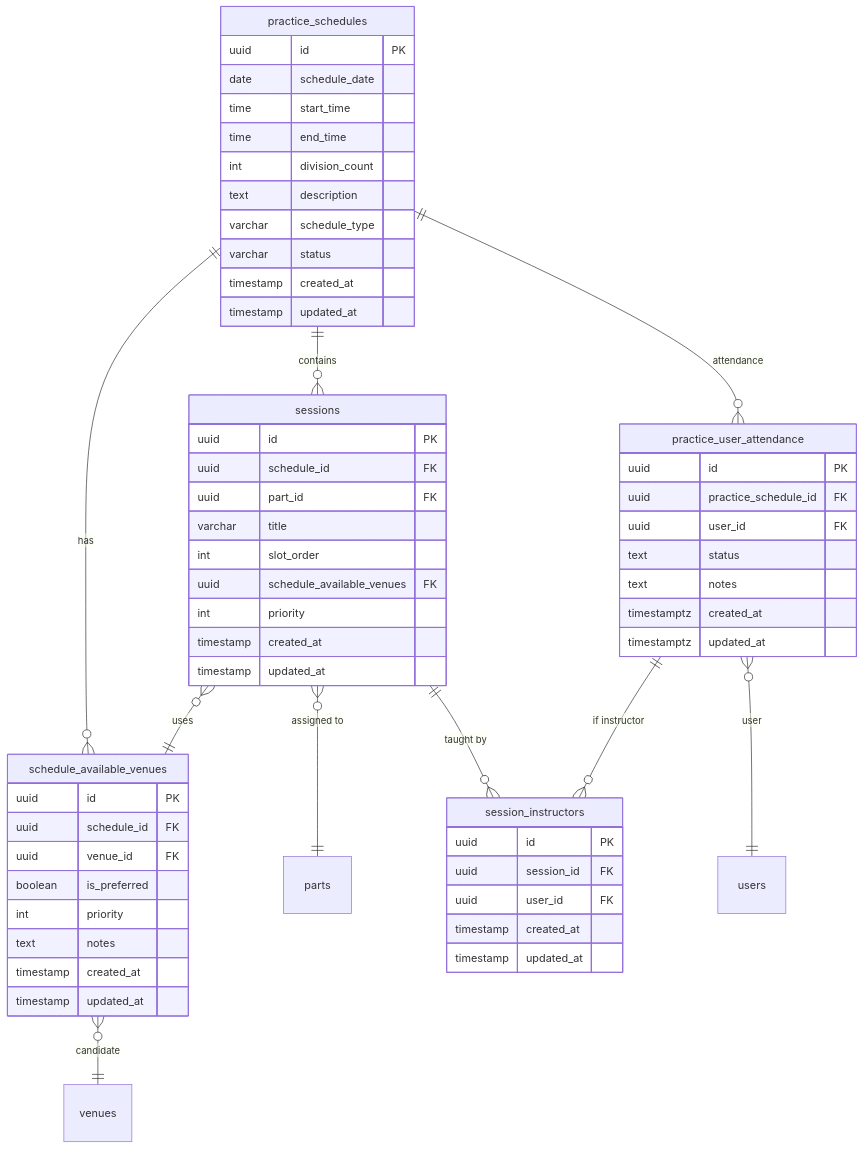
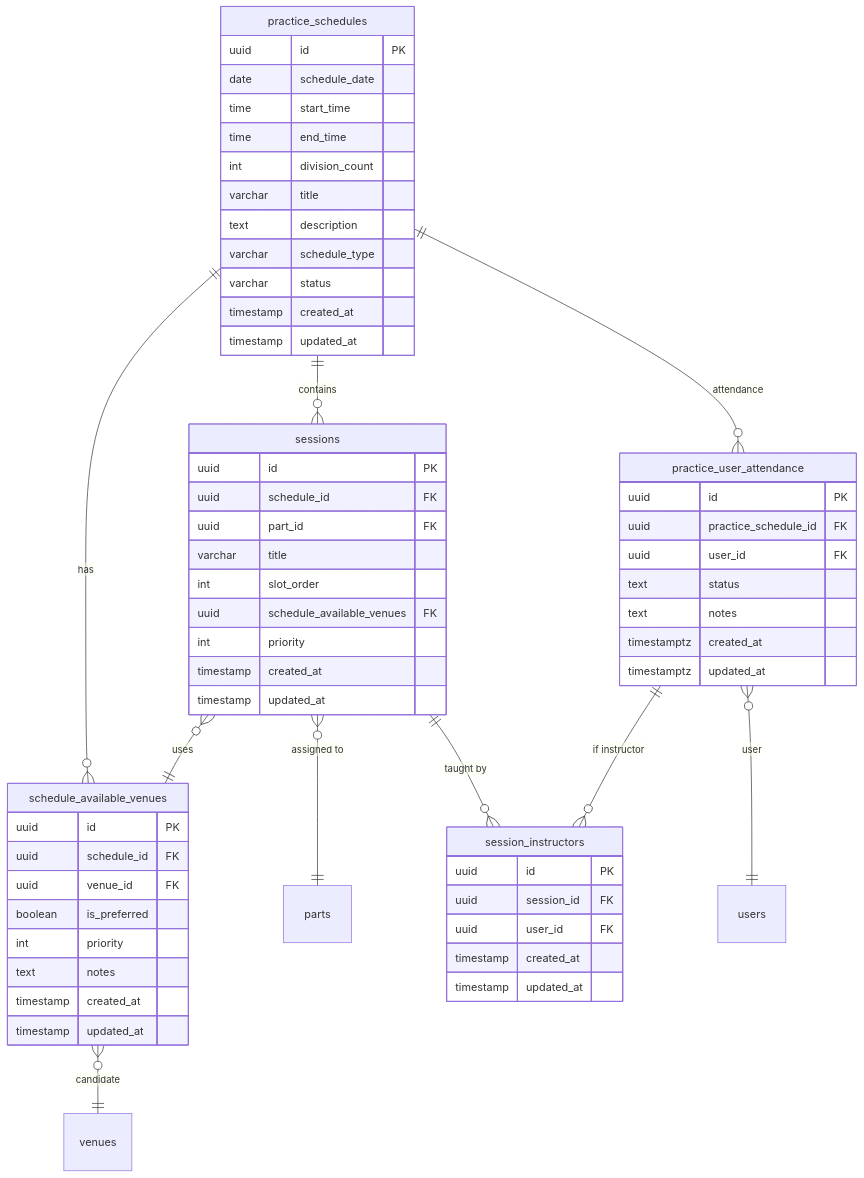
Before and after one commit to NowatariSoma/tomosigoto_nou_system: the diagram in tickets/phase_1/backend/BACK-DB-001/BACK-DB-001.3/README.md, drawn with Mermaid. The commit also changed 1 other file, not shown here.

Commit message:
ER図にタイトルを追加

````diff
--- a/tickets/phase_1/backend/BACK-DB-001/BACK-DB-001.3/README.md
+++ b/tickets/phase_1/backend/BACK-DB-001/BACK-DB-001.3/README.md
@@ -84,74 +84,75 @@
 ```mermaid
 erDiagram
     %% -------------------------
     %% Core tables
     %% -------------------------
     practice_schedules {
         uuid id PK
         date schedule_date
         time start_time
         time end_time
         int division_count
+        varchar title
         text description
         varchar schedule_type
         varchar status
         timestamp created_at
         timestamp updated_at
     }
 
     schedule_available_venues {
         uuid id PK
         uuid schedule_id FK
         uuid venue_id FK
         boolean is_preferred
         int priority
         text notes
         timestamp created_at
         timestamp updated_at
     }
 
     sessions {
         uuid id PK
         uuid schedule_id FK
         uuid part_id FK
         varchar title
         int slot_order
         uuid schedule_available_venues FK
         int priority
         timestamp created_at
         timestamp updated_at
     }
 
     session_instructors {
         uuid id PK
         uuid session_id FK
         uuid user_id FK
         timestamp created_at
         timestamp updated_at
     }
 
     practice_user_attendance {
         uuid id PK
         uuid practice_schedule_id FK
         uuid user_id FK
         text status
         text notes
         timestamptz created_at
         timestamptz updated_at
     }
 
     %% -------------------------
     %% Relations
     %% -------------------------
     practice_schedules ||--o{ schedule_available_venues : "has"
     practice_schedules ||--o{ sessions : "contains"
     practice_schedules ||--o{ practice_user_attendance : "attendance"
 
     schedule_available_venues }o--|| venues : "candidate"
     sessions }o--|| schedule_available_venues : "uses"
     sessions }o--|| parts : "assigned to"
     sessions ||--o{ session_instructors : "taught by"
 
     practice_user_attendance ||--o{ session_instructors : "if instructor"
     practice_user_attendance }o--|| users : "user"
 ```
````
